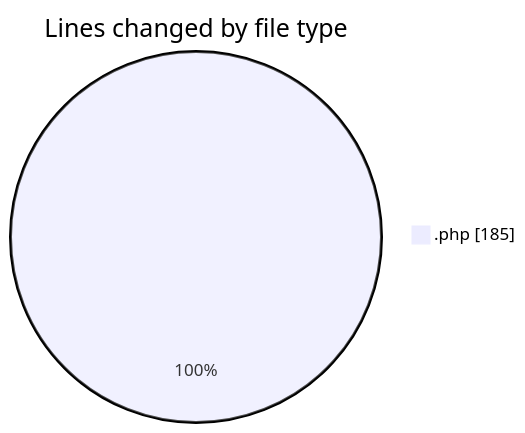
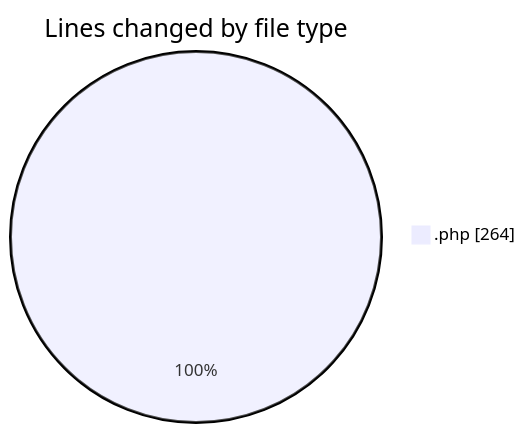
Before and after one commit to idhammustaqopulfikri/code-tracking: the first of 2 diagrams in 2025-04-19/autodidak/README.md, drawn with Mermaid. The commit also changed other lines of this file and 1 other file, not shown here.

````diff
--- a/2025-04-19/autodidak/README.md
+++ b/2025-04-19/autodidak/README.md
@@ -23,5 +24,5 @@
 ```mermaid
 pie showData
 title Lines changed by file type
-".php" : 185
+".php" : 264
 ```
````
